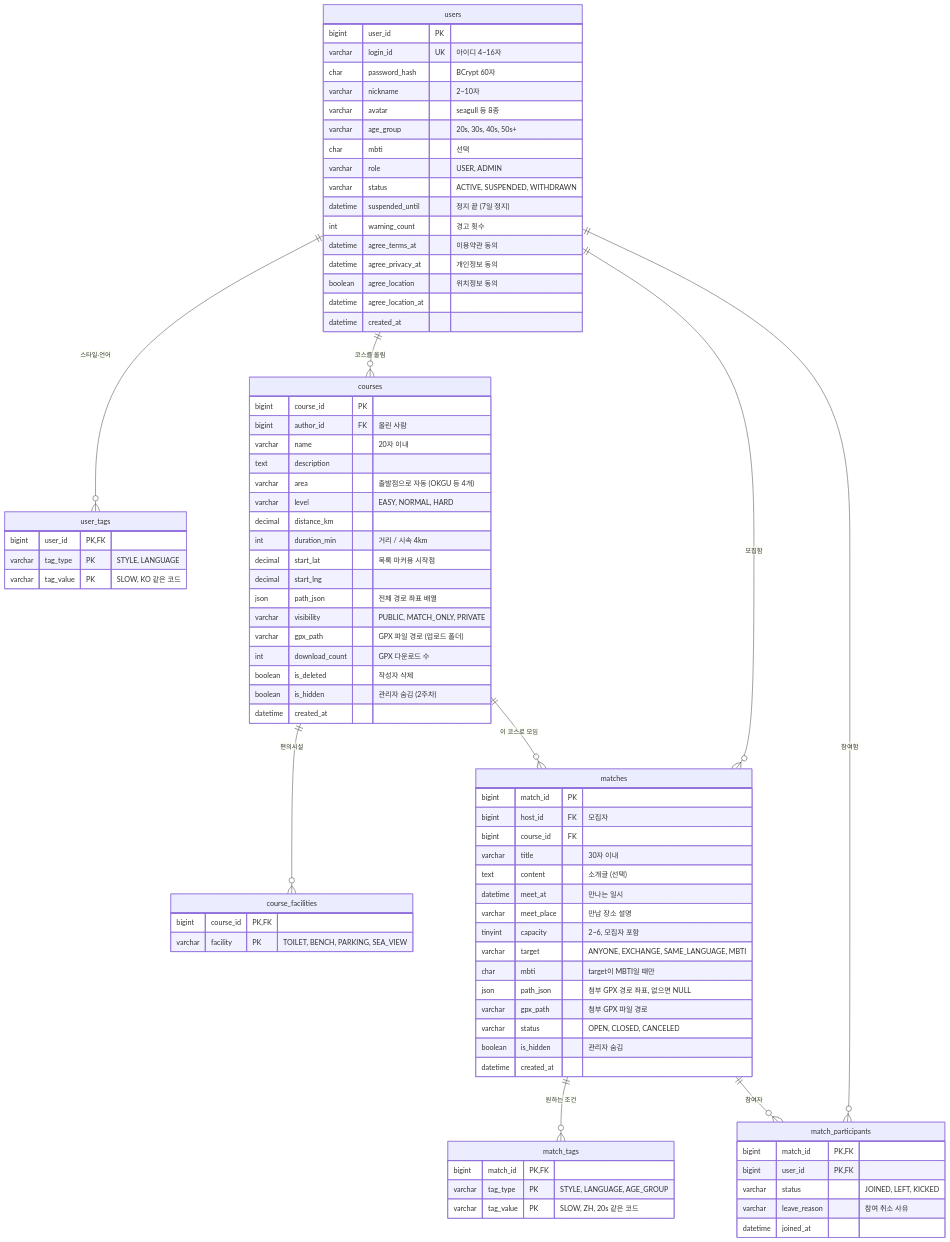
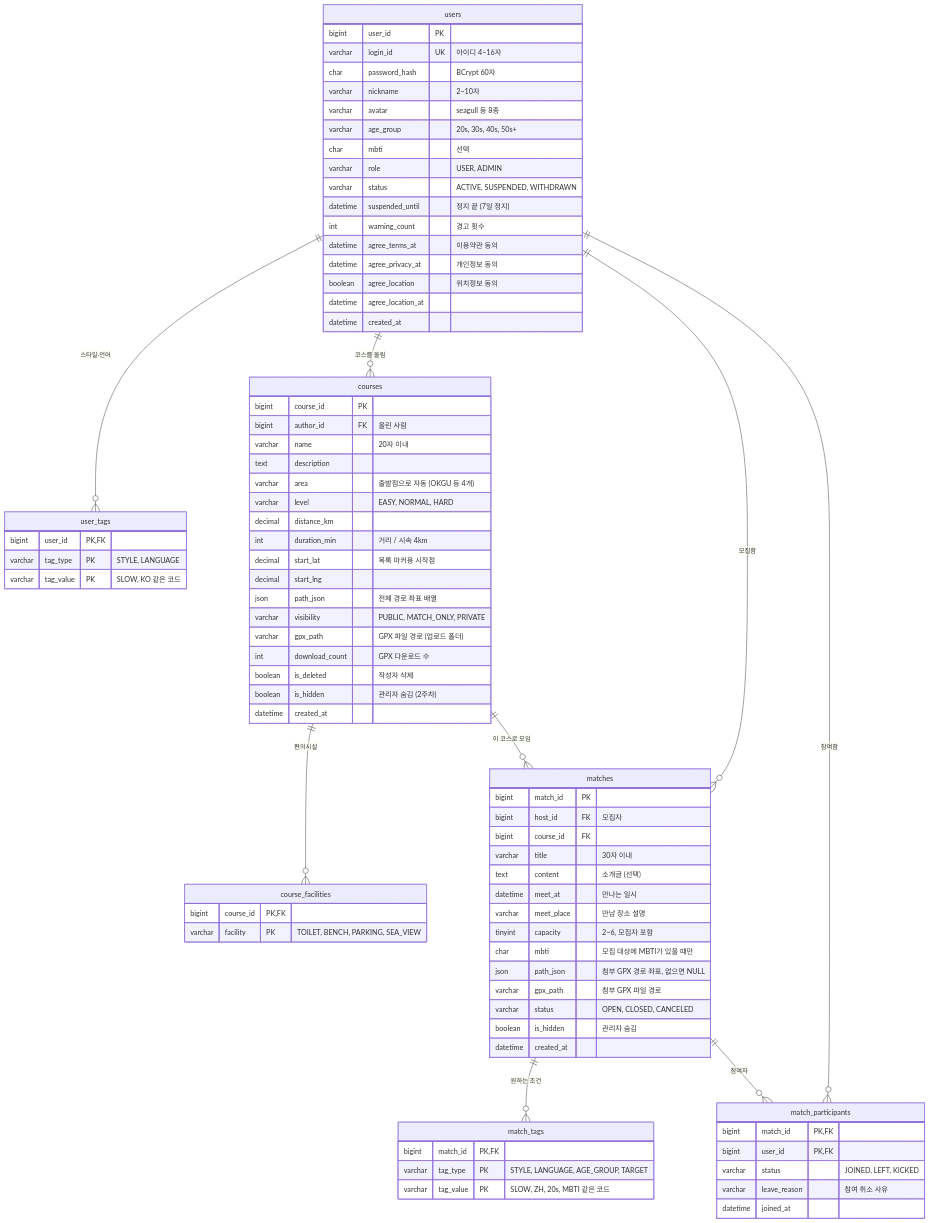
Before and after one commit to AnemoneCoronaria/Team_walk: the diagram in docs/images/erd-week1.mmd, drawn with Mermaid. The commit also changed 4 other files, not shown here.

First line of the commit message:
chore(db): PR #33 DB 옮기기 파일 추가 — 내 데이터 지키면서 새 구조로, ERD · 안내 최신화

```diff
--- a/docs/images/erd-week1.mmd
+++ b/docs/images/erd-week1.mmd
@@ -1,85 +1,84 @@
 erDiagram
     users ||--o{ user_tags : "스타일·언어"
     users ||--o{ courses : "코스를 올림"
     courses ||--o{ course_facilities : "편의시설"
     users ||--o{ matches : "모집함"
     courses ||--o{ matches : "이 코스로 모임"
     matches ||--o{ match_tags : "원하는 조건"
     matches ||--o{ match_participants : "참여자"
     users ||--o{ match_participants : "참여함"
 
     users {
         bigint user_id PK
         varchar login_id UK "아이디 4~16자"
         char password_hash "BCrypt 60자"
         varchar nickname "2~10자"
         varchar avatar "seagull 등 8종"
         varchar age_group "20s, 30s, 40s, 50s+"
         char mbti "선택"
         varchar role "USER, ADMIN"
         varchar status "ACTIVE, SUSPENDED, WITHDRAWN"
         datetime suspended_until "정지 끝 (7일 정지)"
         int warning_count "경고 횟수"
         datetime agree_terms_at "이용약관 동의"
         datetime agree_privacy_at "개인정보 동의"
         boolean agree_location "위치정보 동의"
         datetime agree_location_at
         datetime created_at
     }
     user_tags {
         bigint user_id PK, FK
         varchar tag_type PK "STYLE, LANGUAGE"
         varchar tag_value PK "SLOW, KO 같은 코드"
     }
     courses {
         bigint course_id PK
         bigint author_id FK "올린 사람"
         varchar name "20자 이내"
         text description
         varchar area "출발점으로 자동 (OKGU 등 4개)"
         varchar level "EASY, NORMAL, HARD"
         decimal distance_km
         int duration_min "거리 / 시속 4km"
         decimal start_lat "목록 마커용 시작점"
         decimal start_lng
         json path_json "전체 경로 좌표 배열"
         varchar visibility "PUBLIC, MATCH_ONLY, PRIVATE"
         varchar gpx_path "GPX 파일 경로 (업로드 폴더)"
         int download_count "GPX 다운로드 수"
         boolean is_deleted "작성자 삭제"
         boolean is_hidden "관리자 숨김 (2주차)"
         datetime created_at
     }
     course_facilities {
         bigint course_id PK, FK
         varchar facility PK "TOILET, BENCH, PARKING, SEA_VIEW"
     }
     matches {
         bigint match_id PK
         bigint host_id FK "모집자"
         bigint course_id FK
         varchar title "30자 이내"
         text content "소개글 (선택)"
         datetime meet_at "만나는 일시"
         varchar meet_place "만남 장소 설명"
         tinyint capacity "2~6, 모집자 포함"
-        varchar target "ANYONE, EXCHANGE, SAME_LANGUAGE, MBTI"
-        char mbti "target이 MBTI일 때만"
+        char mbti "모집 대상에 MBTI가 있을 때만"
         json path_json "첨부 GPX 경로 좌표, 없으면 NULL"
         varchar gpx_path "첨부 GPX 파일 경로"
         varchar status "OPEN, CLOSED, CANCELED"
         boolean is_hidden "관리자 숨김"
         datetime created_at
     }
     match_tags {
         bigint match_id PK, FK
-        varchar tag_type PK "STYLE, LANGUAGE, AGE_GROUP"
-        varchar tag_value PK "SLOW, ZH, 20s 같은 코드"
+        varchar tag_type PK "STYLE, LANGUAGE, AGE_GROUP, TARGET"
+        varchar tag_value PK "SLOW, ZH, 20s, MBTI 같은 코드"
     }
     match_participants {
         bigint match_id PK, FK
         bigint user_id PK, FK
         varchar status "JOINED, LEFT, KICKED"
         varchar leave_reason "참여 취소 사유"
         datetime joined_at
     }
```
